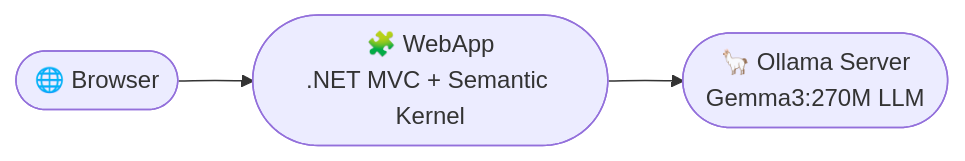
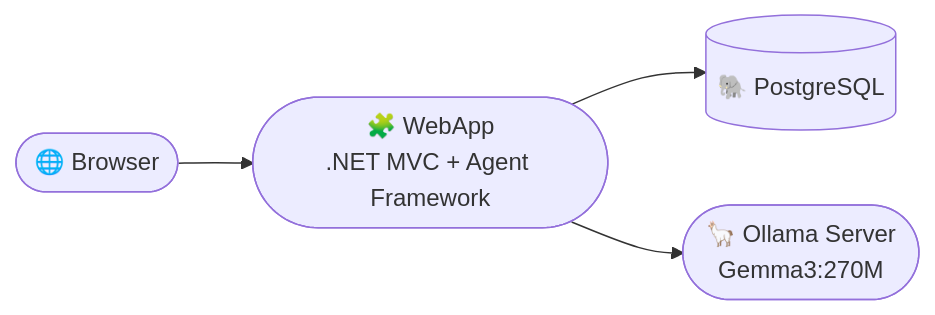
One commit to FabioRNobrega/book-notes-ia changed the diagram in README.md. Above: the diagram before and after it, drawn with Mermaid. The commit also changed other lines of this file and 4 other files, not shown here.

Commit message:
refactor(agent-framework): remove semantic kernel dependence and use the new agent framework

````diff
--- a/README.md
+++ b/README.md
@@ -73,9 +91,11 @@
-```mermaid
+``` mermaid
 flowchart LR
     user([🌐 Browser])
-    web([🧩 WebApp<br/>.NET MVC + Semantic Kernel])
-    ollama([🦙 Ollama Server<br/>Gemma3:270M LLM])
+    web([🧩 WebApp<br/>.NET MVC + Agent Framework])
+    db[(🐘 PostgreSQL)]
+    ollama([🦙 Ollama Server<br/>Gemma3:270M])
 
     user --> web
+    web --> db
     web --> ollama
 ```
````
